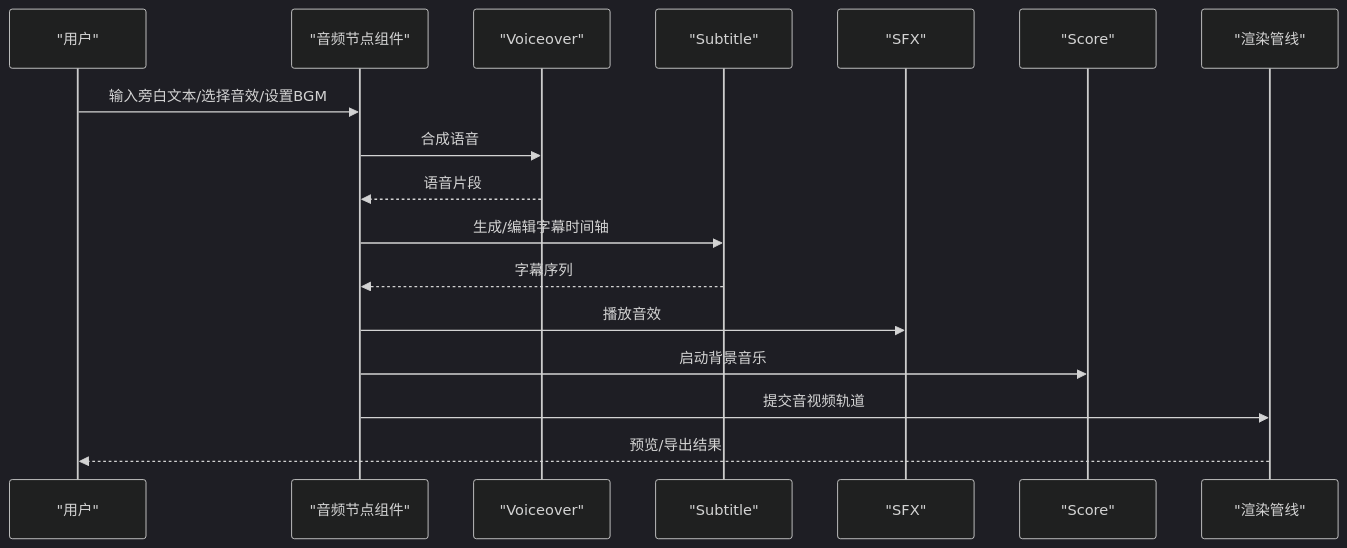
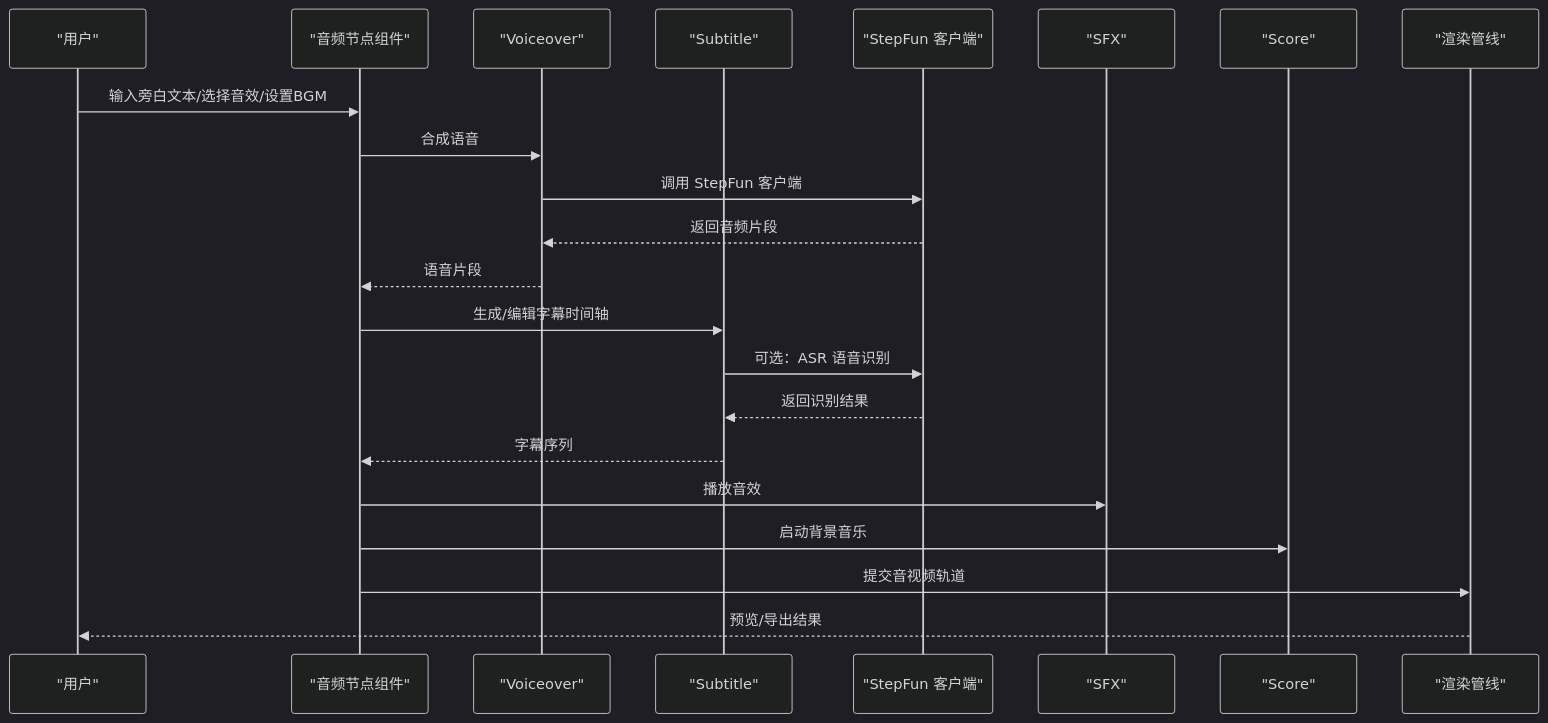
The seventh of 9 diagrams in .qoder/repowiki/zh/content/核心功能模块/音频处理/音频处理.md (AIMFllyYS/code-video-canvas), drawn with Mermaid (dark theme) before and after one commit. The commit also changed other lines of this file and 47 other files, not shown here.

````diff
--- a/.qoder/repowiki/zh/content/核心功能模块/音频处理/音频处理.md
+++ b/.qoder/repowiki/zh/content/核心功能模块/音频处理/音频处理.md
@@ -265,19 +305,24 @@
 ```mermaid
 sequenceDiagram
 participant User as "用户"
 participant UI as "音频节点组件"
 participant VO as "Voiceover"
 participant ST as "Subtitle"
+participant SF as "StepFun 客户端"
 participant SFX as "SFX"
 participant SC as "Score"
 participant Render as "渲染管线"
 User->>UI : 输入旁白文本/选择音效/设置BGM
 UI->>VO : 合成语音
+VO->>SF : 调用 StepFun 客户端
+SF-->>VO : 返回音频片段
 VO-->>UI : 语音片段
 UI->>ST : 生成/编辑字幕时间轴
+ST->>SF : 可选：ASR 语音识别
+SF-->>ST : 返回识别结果
 ST-->>UI : 字幕序列
 UI->>SFX : 播放音效
 UI->>SC : 启动背景音乐
 UI->>Render : 提交音视频轨道
 Render-->>User : 预览/导出结果
 ```
````
